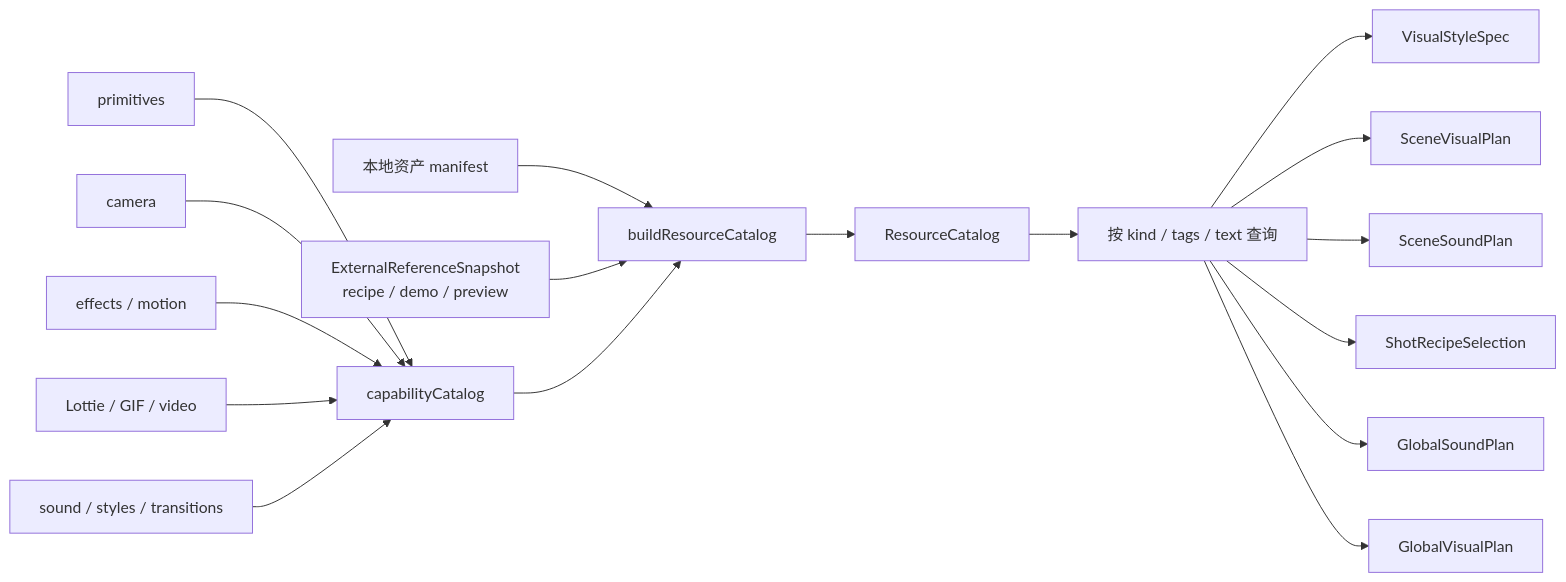
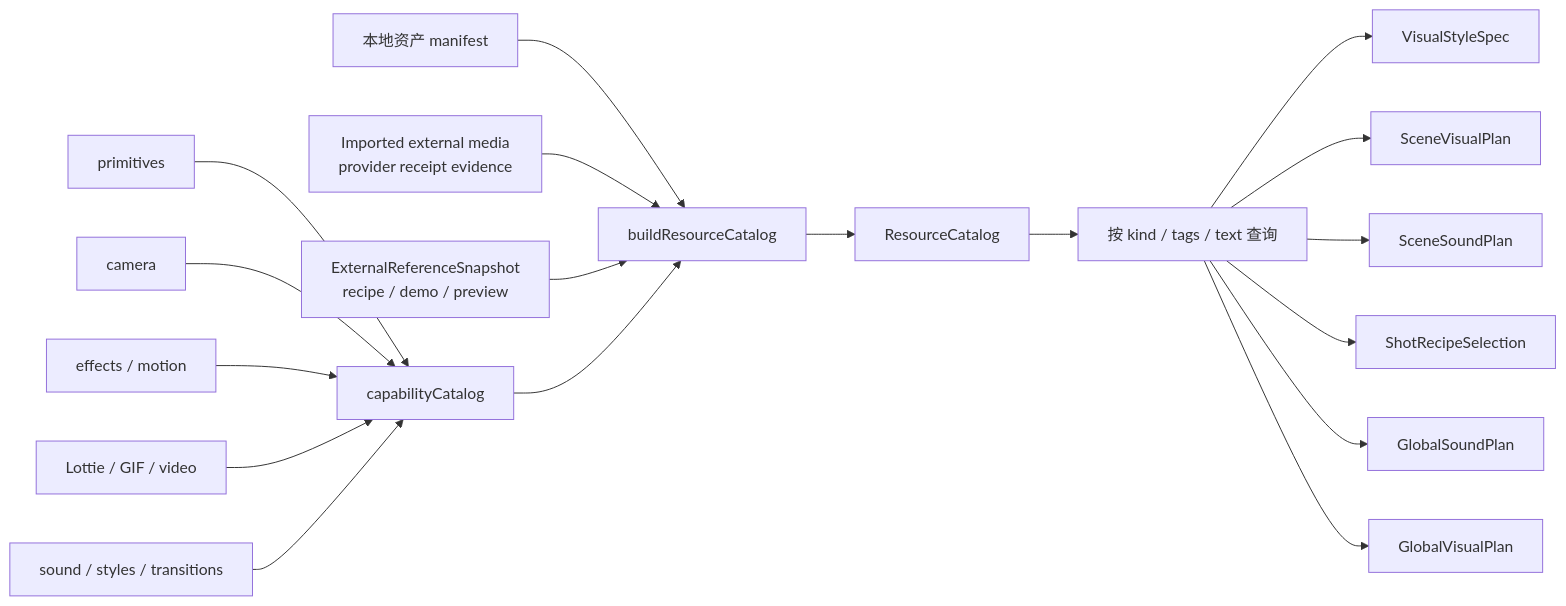
Before and after one commit to AXMORF/axmorf-studio: the diagram in docs/guides/CAPABILITY_CATALOG.md, drawn with Mermaid. The commit also changed other lines of this file and 40 other files, not shown here.

````diff
--- a/docs/guides/CAPABILITY_CATALOG.md
+++ b/docs/guides/CAPABILITY_CATALOG.md
@@ -16,19 +16,20 @@
 ```mermaid
 flowchart LR
     Assets["本地资产 manifest"] --> Build["buildResourceCatalog"]
+    ExternalMedia["Imported external media<br/>provider receipt evidence"] --> Build
     Primitives["primitives"] --> Code["capabilityCatalog"]
     Camera["camera"] --> Code
     Effects["effects / motion"] --> Code
     Media["Lottie / GIF / video"] --> Code
     Sound["sound / styles / transitions"] --> Code
     Upstream["ExternalReferenceSnapshot<br/>recipe / demo / preview"] --> Build
     Code --> Build
     Build --> Catalog["ResourceCatalog"]
     Catalog --> Query["按 kind / tags / text 查询"]
     Query --> Style["VisualStyleSpec"]
     Query --> ScenePlan["SceneVisualPlan"]
     Query --> SceneSound["SceneSoundPlan"]
     Query --> Recipe["ShotRecipeSelection"]
     Query --> GlobalSound["GlobalSoundPlan"]
     Query --> GlobalVisual["GlobalVisualPlan"]
 ```
````
